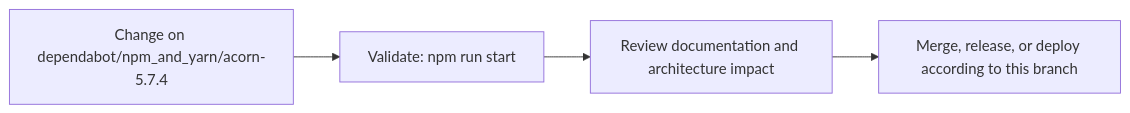
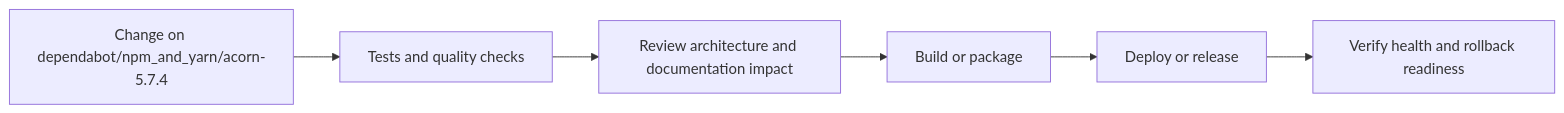
One commit to Nischhalsubba/wp_Theme_Ronal changed the fourth of 5 diagrams in README.md. Above: the diagram before and after it, drawn with Mermaid. The commit also changed other lines of this file, not shown here.

````diff
--- a/README.md
+++ b/README.md
@@ -69,8 +145,8 @@
 ```mermaid
 flowchart LR
-    CHANGE["Change on dependabot/npm_and_yarn/acorn-5.7.4"]
-    CHECK["Validate: npm run start"]
-    REVIEW["Review documentation and architecture impact"]
-    RELEASE["Merge, release, or deploy according to this branch"]
-    CHANGE --> CHECK --> REVIEW --> RELEASE
+    CHANGE["Change on dependabot/npm_and_yarn/acorn-5.7.4"] --> CHECK["Tests and quality checks"]
+    CHECK --> REVIEW["Review architecture and documentation impact"]
+    REVIEW --> BUILD["Build or package"]
+    BUILD --> DEPLOY["Deploy or release"]
+    DEPLOY --> VERIFY["Verify health and rollback readiness"]
 ```
````
